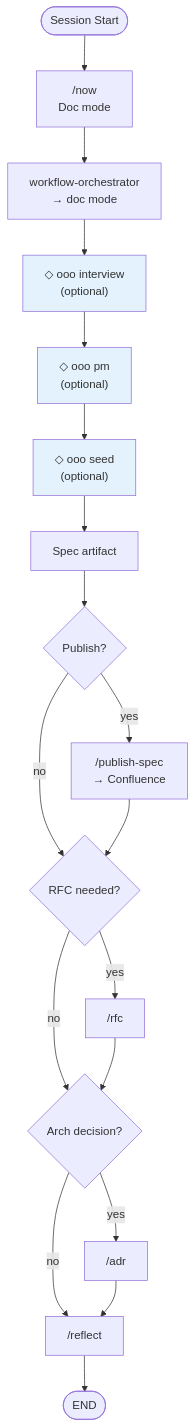
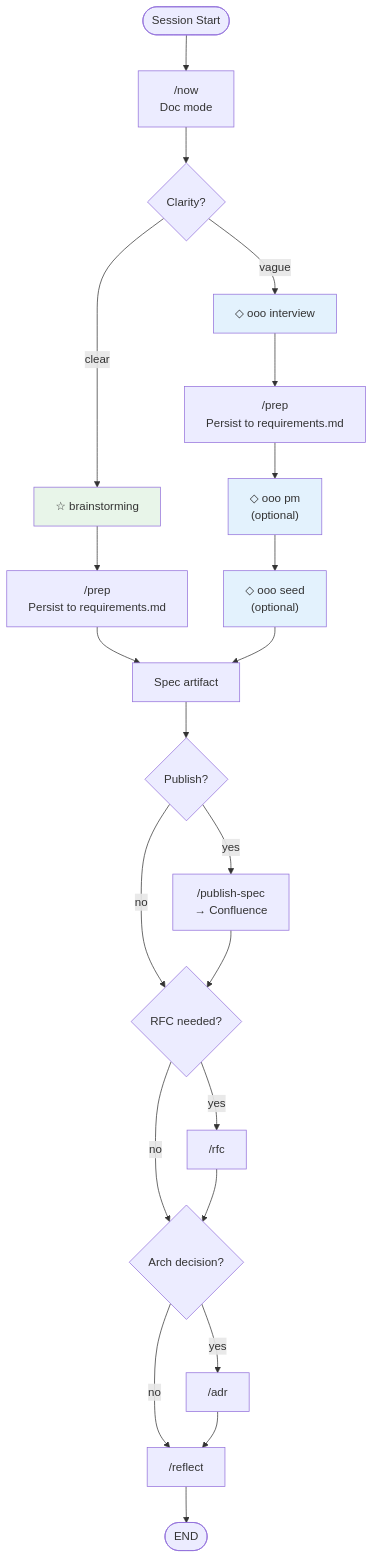
One commit to narashin/nara-kit changed the second of 2 diagrams in README.md. Above: the diagram before and after it, drawn with Mermaid. The commit also changed 2 other files, not shown here.

Commit message:
refactor: add clarity gate to doc-mode workflow, route brainstorming through prep

````diff
--- a/README.md
+++ b/README.md
@@ -118,24 +118,29 @@
 ```mermaid
 flowchart TD
-    START([Session Start]) --> MWHAT["/now<br>Doc mode"]
-    MWHAT --> ORCH["workflow-orchestrator<br>→ doc mode"]
-    ORCH --> OOO_INT["◇ ooo interview<br>(optional)"]
-    OOO_INT --> OOO_PM["◇ ooo pm<br>(optional)"]
+    START([Session Start]) --> NOW["/now<br>Doc mode"]
+    NOW --> CLARITY{Clarity?}
+    CLARITY -->|clear| BRAIN["☆ brainstorming"]
+    CLARITY -->|vague| OOO_INT["◇ ooo interview"]
+    BRAIN --> PREP1["/prep<br>Persist to requirements.md"]
+    OOO_INT --> PREP2["/prep<br>Persist to requirements.md"]
+    PREP2 --> OOO_PM["◇ ooo pm<br>(optional)"]
     OOO_PM --> OOO_SEED["◇ ooo seed<br>(optional)"]
-    OOO_SEED --> SPEC["Spec artifact"]
+    PREP1 --> SPEC["Spec artifact"]
+    OOO_SEED --> SPEC
     SPEC --> PUB{Publish?}
     PUB -->|yes| PUBLISH["/publish-spec<br>→ Confluence"]
     PUB -->|no| RFC_Q{RFC needed?}
     PUBLISH --> RFC_Q
     RFC_Q -->|yes| RFC["/rfc"]
     RFC_Q -->|no| ADR_Q{Arch decision?}
     RFC --> ADR_Q
     ADR_Q -->|yes| ADR["/adr"]
     ADR_Q -->|no| REFLECT["/reflect"]
     ADR --> REFLECT
     REFLECT --> END([END])
 
+    style BRAIN fill:#e8f5e9
     style OOO_INT fill:#e3f2fd
     style OOO_PM fill:#e3f2fd
     style OOO_SEED fill:#e3f2fd
 ```
````
